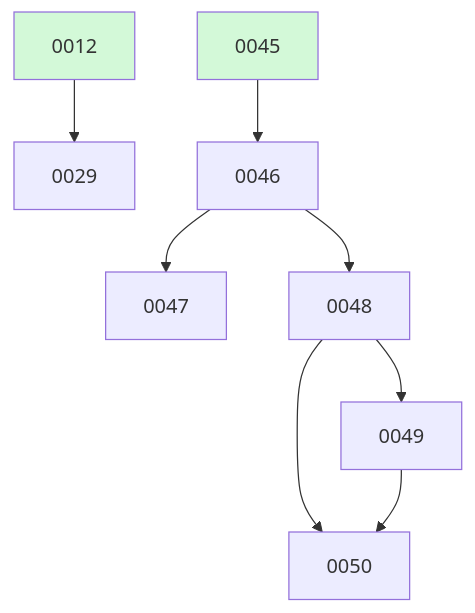
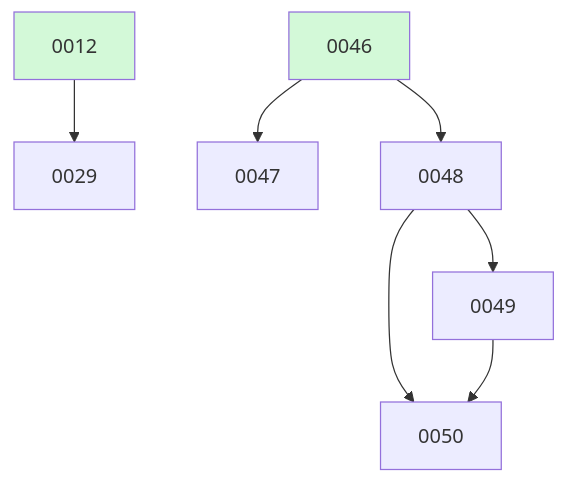
The diagram in docs/changes/BOARD.md (ethanhinson/fuse), drawn with Mermaid before and after one commit. The commit also changed other lines of this file, not shown here.

````diff
--- a/docs/changes/BOARD.md
+++ b/docs/changes/BOARD.md
@@ -26,13 +20,12 @@
 ```mermaid
 graph TD
   0012 --> 0029
-  0045 --> 0046
   0046 --> 0047
   0046 --> 0048
   0048 --> 0049
   0048 --> 0050
   0049 --> 0050
   0012:::done
-  0045:::done
+  0046:::done
   classDef done fill:#d3f9d8;
 ```
````
